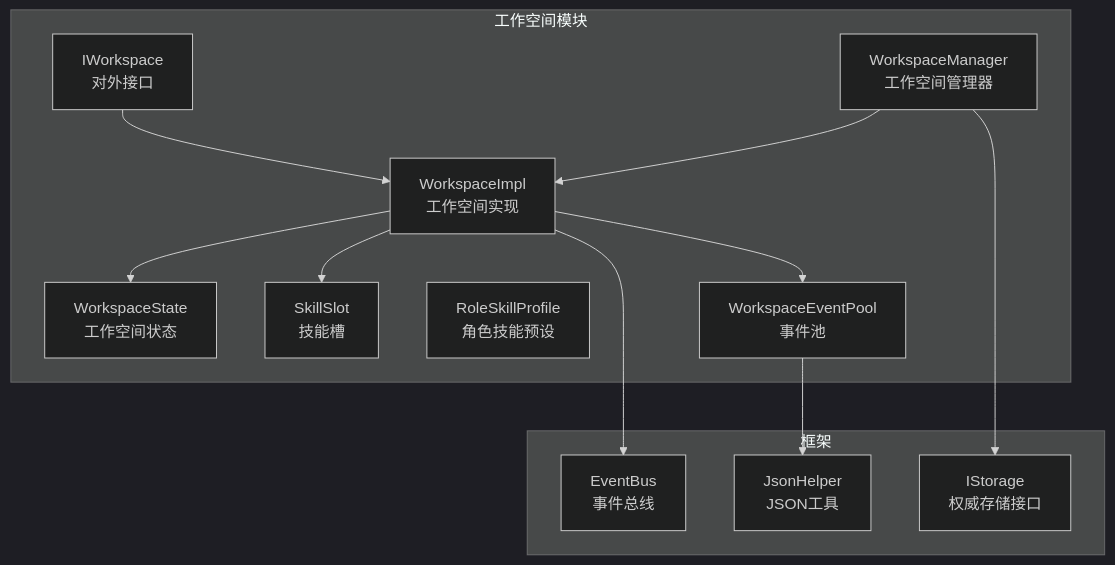
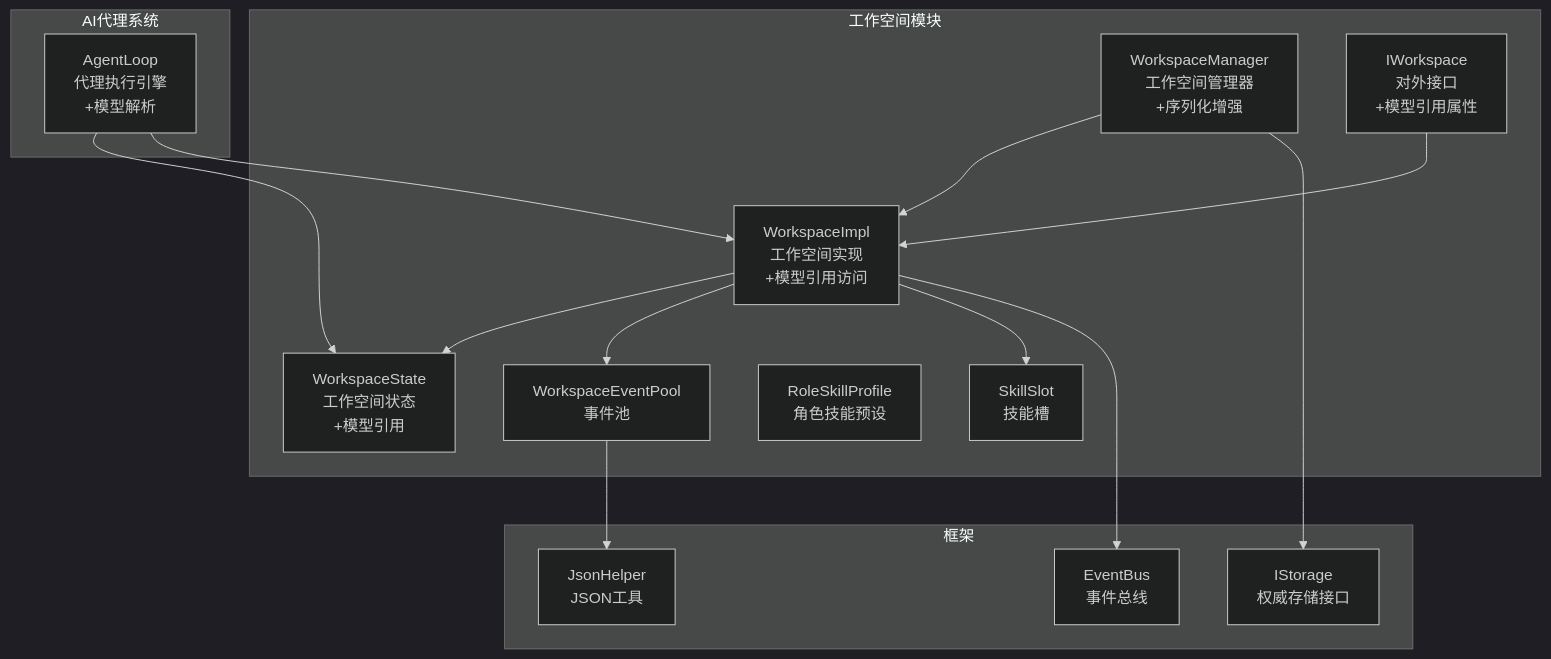
Before and after one commit to suzvka/NPCLife: the first of 8 diagrams in .qoder/repowiki/zh/content/工作空间管理系统/工作空间状态管理.md, drawn with Mermaid (dark theme). The commit also changed other lines of this file and 11 other files, not shown here.

````diff
--- a/.qoder/repowiki/zh/content/工作空间管理系统/工作空间状态管理.md
+++ b/.qoder/repowiki/zh/content/工作空间管理系统/工作空间状态管理.md
@@ -46,25 +58,30 @@
 ```mermaid
 graph TB
 subgraph "工作空间模块"
-WS["WorkspaceState<br/>工作空间状态"]
-WSI["WorkspaceImpl<br/>工作空间实现"]
-WSM["WorkspaceManager<br/>工作空间管理器"]
-IWS["IWorkspace<br/>对外接口"]
+WS["WorkspaceState<br/>工作空间状态<br/>+模型引用"]
+WSI["WorkspaceImpl<br/>工作空间实现<br/>+模型引用访问"]
+WSM["WorkspaceManager<br/>工作空间管理器<br/>+序列化增强"]
+IWS["IWorkspace<br/>对外接口<br/>+模型引用属性"]
 SK["SkillSlot<br/>技能槽"]
 RSP["RoleSkillProfile<br/>角色技能预设"]
 WEP["WorkspaceEventPool<br/>事件池"]
+end
+subgraph "AI代理系统"
+AL["AgentLoop<br/>代理执行引擎<br/>+模型解析"]
 end
 subgraph "框架"
 EBUS["EventBus<br/>事件总线"]
 JH["JsonHelper<br/>JSON工具"]
 IST["IStorage<br/>权威存储接口"]
 end
 IWS --> WSI
 WSI --> WS
 WSI --> WEP
 WSI --> SK
 WSM --> WSI
 WSM --> IST
 WSI --> EBUS
 WEP --> JH
+AL --> WS
+AL --> WSI
 ```
````
